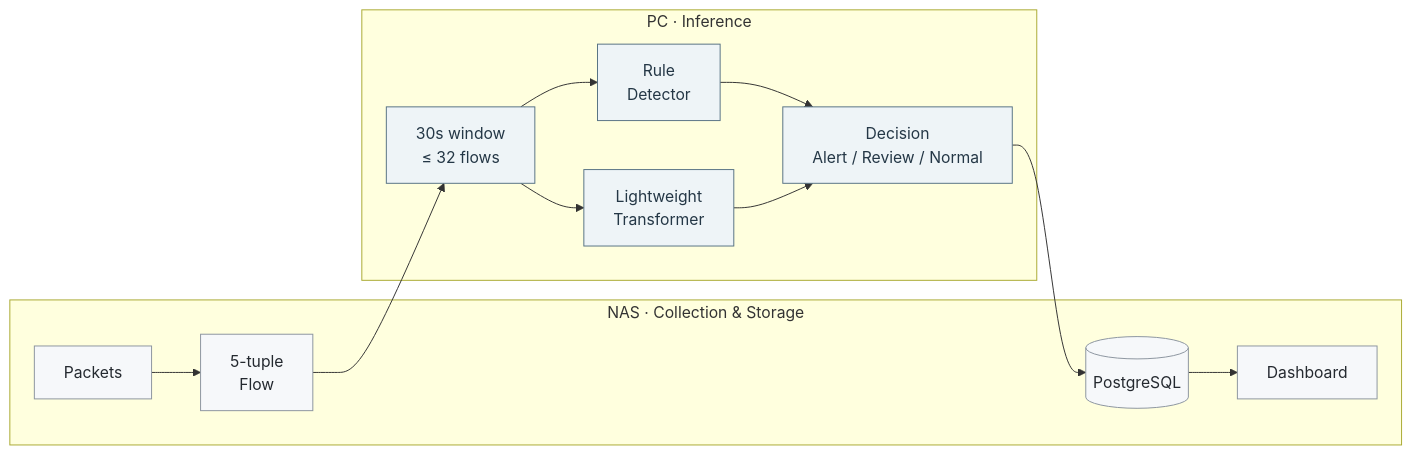
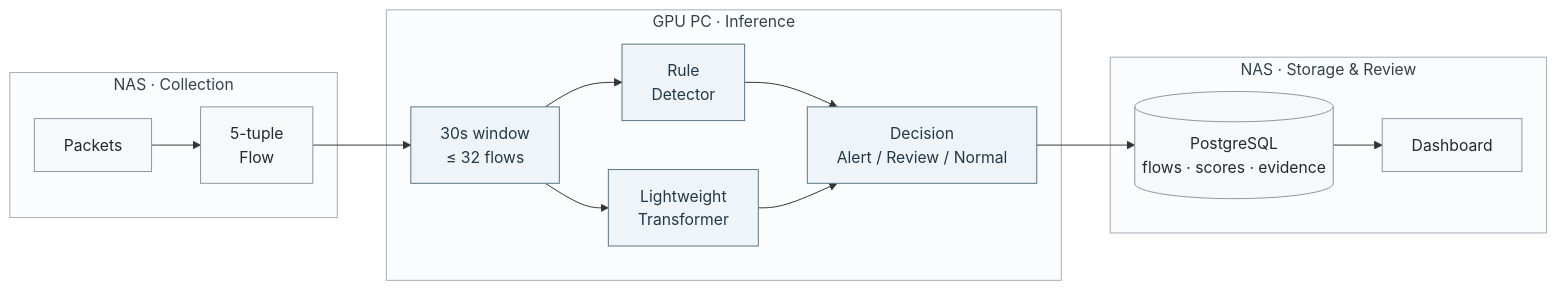
Before and after one commit to prosild/prosild: the second of 2 diagrams in README.md, drawn with Mermaid. The commit also changed other lines of this file, not shown here.

````diff
--- a/README.md
+++ b/README.md
@@ -107,28 +105,32 @@
 ```mermaid
 flowchart LR
-    subgraph NAS["NAS · Collection & Storage"]
+    subgraph N1["NAS · Collection"]
         A["Packets"] --> B["5-tuple<br/>Flow"]
-        G[("PostgreSQL")]
-        H["Dashboard"]
-        G --> H
     end
 
-    subgraph PC["PC · Inference"]
+    subgraph PC["GPU PC · Inference"]
         C["30s window<br/>≤ 32 flows"]
         D["Rule<br/>Detector"]
         E["Lightweight<br/>Transformer"]
         F["Decision<br/>Alert / Review / Normal"]
         C --> D
         C --> E
         D --> F
         E --> F
     end
 
+    subgraph N2["NAS · Storage & Review"]
+        G[("PostgreSQL<br/>flows · scores · evidence")] --> H["Dashboard"]
+    end
+
     B --> C
     F --> G
 
     classDef nas fill:#f6f8fa,stroke:#8c959f,color:#24292f;
     classDef ml fill:#eef4f7,stroke:#587384,color:#243746;
     class A,B,G,H nas;
     class C,D,E,F ml;
+    style N1 fill:#fbfcfd,stroke:#a3adb5,color:#34404a;
+    style PC fill:#fbfcfd,stroke:#a3adb5,color:#34404a;
+    style N2 fill:#fbfcfd,stroke:#a3adb5,color:#34404a;
 ```
````
